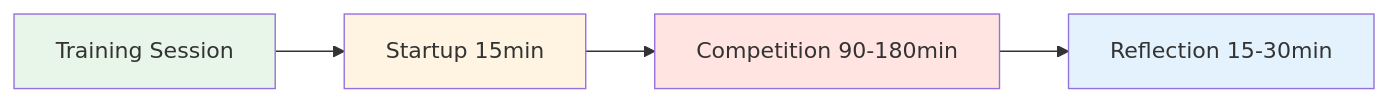
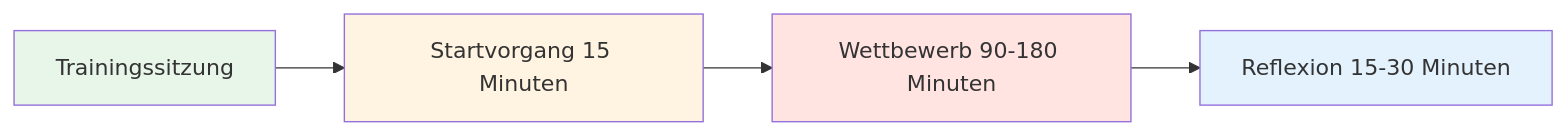
The diagram in docs/de/guides/training-session/index.md (patwii/petanque-academy), drawn with Mermaid before and after one commit. The commit also changed other lines of this file and 550 other files, not shown here.

````diff
--- a/docs/de/guides/training-session/index.md
+++ b/docs/de/guides/training-session/index.md
@@ -22,11 +22,11 @@
 ```mermaid
 graph LR
-    A[Training Session] --> B[Startup 15min]
-    B --> C[Competition 90-180min]
-    C --> D[Reflection 15-30min]
+    A[Trainingssitzung] --> B[Startvorgang 15 Minuten]
+    B --> C[Wettbewerb 90-180 Minuten]
+    C --> D[Reflexion 15-30 Minuten]
 
     style A fill:#e8f5e9
     style B fill:#fff4e1
     style C fill:#ffe4e1
     style D fill:#e3f2fd
 ```
````
